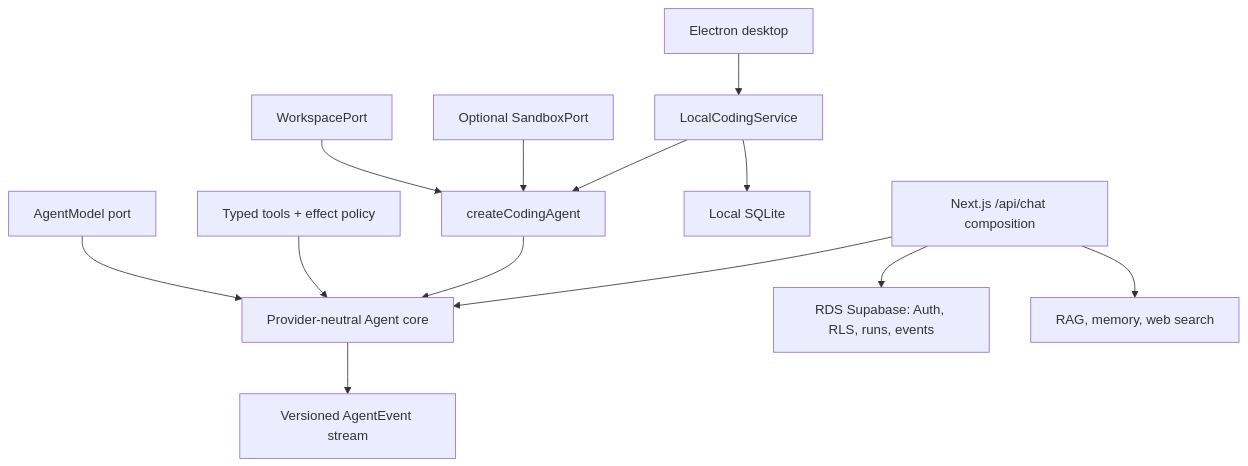
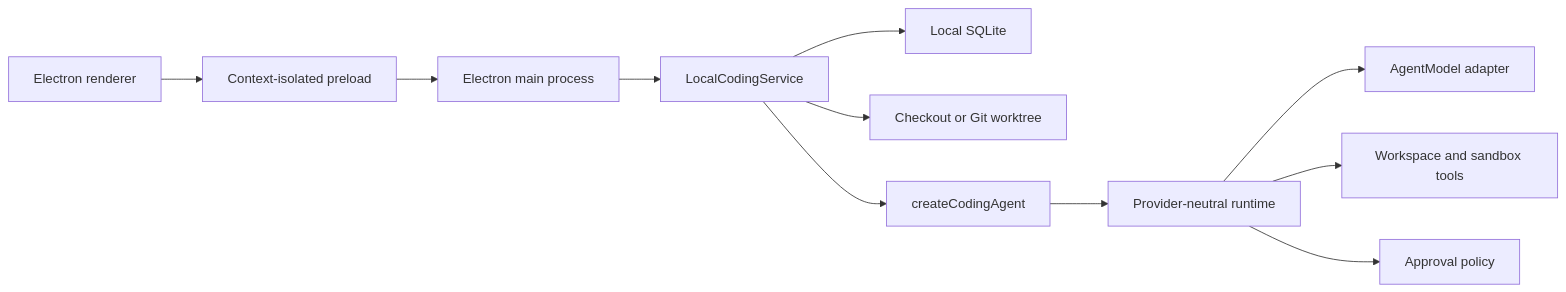
Before and after one commit to Whiskeyi/brace: the diagram in README.md, drawn with Mermaid. The commit also changed other lines of this file and 98 other files, not shown here.

````diff
--- a/README.md
+++ b/README.md
@@ -53,19 +40,13 @@
 ```mermaid
-flowchart TB
-  Core["Provider-neutral Agent core"]
-  Model["AgentModel port"] --> Core
-  Tools["Typed tools + effect policy"] --> Core
-  Core --> Events["Versioned AgentEvent stream"]
-
-  Coding["createCodingAgent"] --> Core
-  Workspace["WorkspacePort"] --> Coding
-  Sandbox["Optional SandboxPort"] --> Coding
-
-  Desktop["Electron desktop"] --> Local["LocalCodingService"]
-  Local --> Coding
-  Local --> SQLite["Local SQLite"]
-
-  Web["Next.js /api/chat composition"] --> Core
-  Web --> Supabase["RDS Supabase: Auth, RLS, runs, events"]
-  Web --> DataTools["RAG, memory, web search"]
+flowchart LR
+  UI["Electron renderer"] --> IPC["Context-isolated preload"]
+  IPC --> Host["Electron main process"]
+  Host --> Service["LocalCodingService"]
+  Service --> SQLite["Local SQLite"]
+  Service --> Worktree["Checkout or Git worktree"]
+  Service --> Agent["createCodingAgent"]
+  Agent --> Runtime["Provider-neutral runtime"]
+  Runtime --> Model["AgentModel adapter"]
+  Runtime --> Tools["Workspace and sandbox tools"]
+  Runtime --> Policy["Approval policy"]
 ```
````
